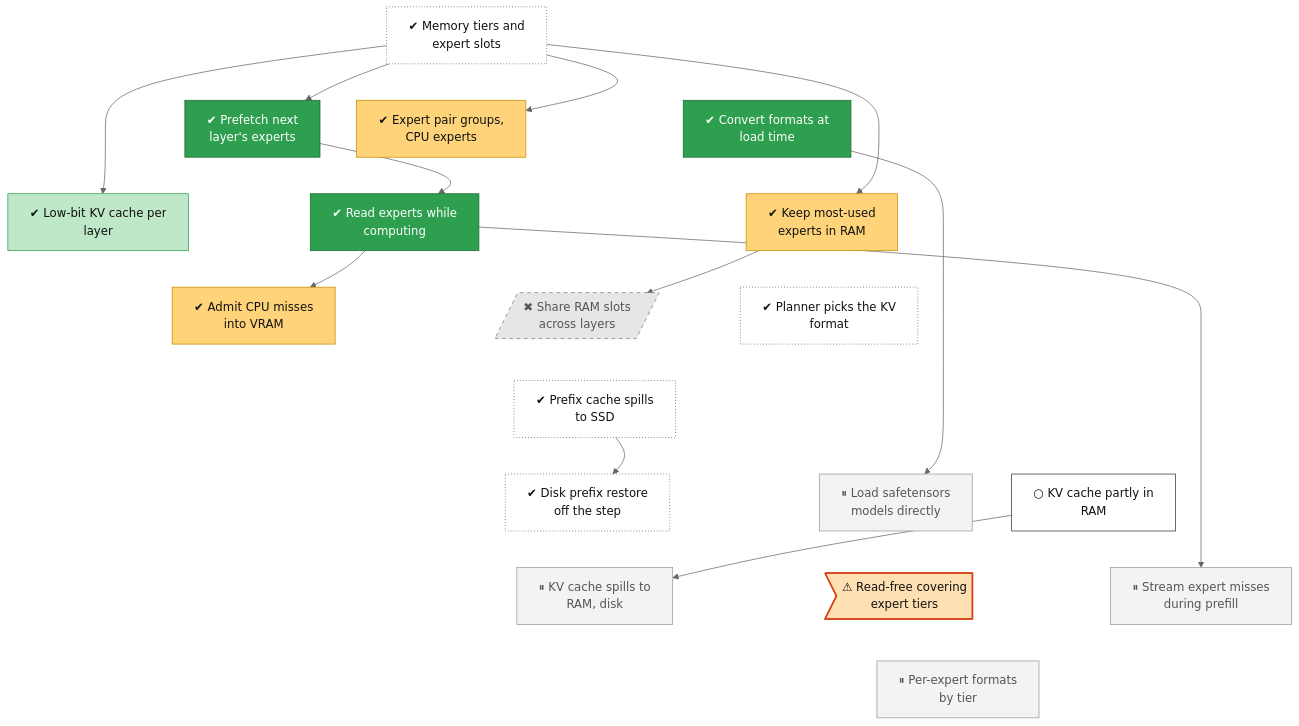
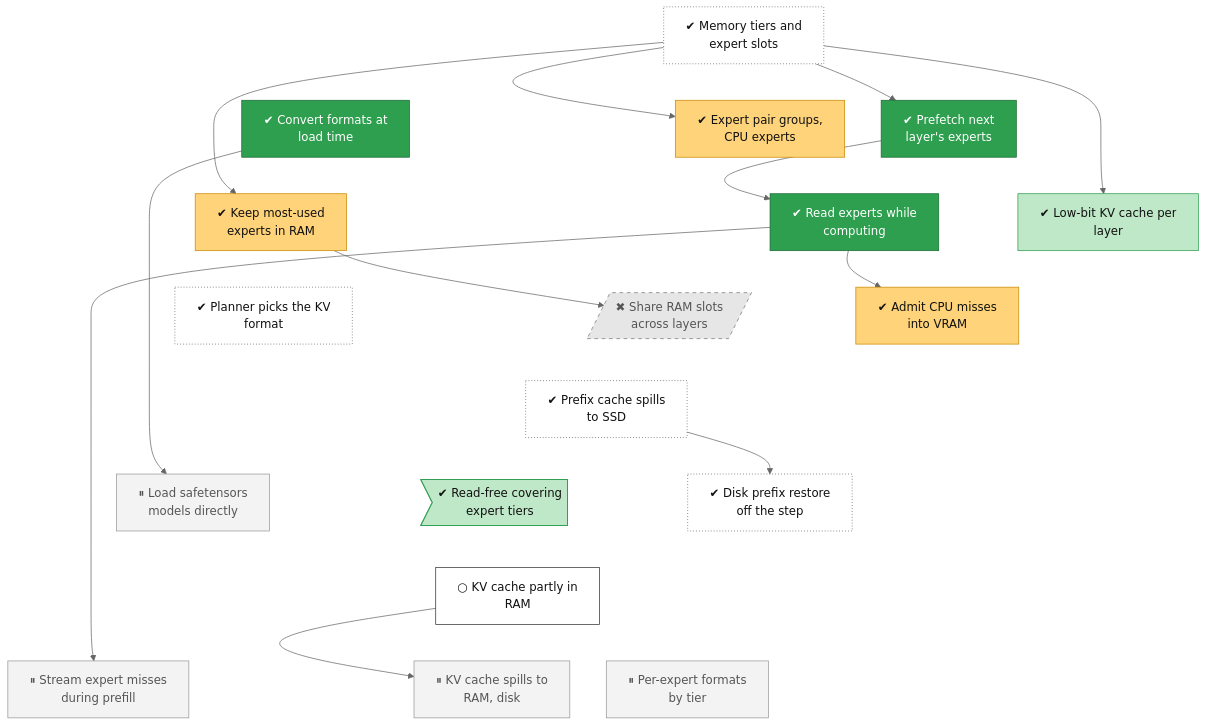
The diagram in docs/roadmap/tracks/memory.md (lhns/tetraeder), drawn with Mermaid (neutral theme) before and after one commit. The commit also changed other lines of this file and 5 other files, not shown here.

Commit message:
Phase 6 risk fixes (ADR 0091 Case S): tree nodes memory-ram-tier-complement, planner-node-predict-check, serving-cuda-parity done (CI run 45415720514); not measured

````diff
--- a/docs/roadmap/tracks/memory.md
+++ b/docs/roadmap/tracks/memory.md
@@ -10,75 +10,74 @@
 ```mermaid
 flowchart TB
     memory_tiers["✔ Memory tiers and<br/>expert slots"]
     memory_pair_groups["✔ Expert pair groups,<br/>CPU experts"]
     memory_prefetch["✔ Prefetch next<br/>layer's experts"]
     memory_conversion["✔ Convert formats at<br/>load time"]
     memory_io_service["✔ Read experts while<br/>computing"]
     memory_low_bit_kv["✔ Low-bit KV cache per<br/>layer"]
     memory_ram_freq["✔ Keep most-used<br/>experts in RAM"]
     memory_adaptive_tier["✔ Admit CPU misses<br/>into VRAM"]
     memory_ram_pool[/"✖ Share RAM slots<br/>across layers"/]
     memory_kv_auto["✔ Planner picks the KV<br/>format"]
     memory_prefix_ssd["✔ Prefix cache spills<br/>to SSD"]
     memory_prefix_disk_async["✔ Disk prefix restore<br/>off the step"]
+    memory_ram_tier_complement>"✔ Read-free covering<br/>expert tiers"]
     memory_safetensors["⏸ Load safetensors<br/>models directly"]
     memory_kv_host["○ KV cache partly in<br/>RAM"]
     memory_kv_tiers["⏸ KV cache spills to<br/>RAM, disk"]
-    memory_ram_tier_complement>"⚠ Read-free covering<br/>expert tiers"]
     memory_prefill_misses["⏸ Stream expert misses<br/>during prefill"]
     memory_typed_slots["⏸ Per-expert formats<br/>by tier"]
     memory_tiers ~~~ memory_pair_groups
     memory_tiers ~~~ memory_prefetch
     memory_tiers ~~~ memory_conversion
     memory_pair_groups ~~~ memory_io_service
     memory_prefetch ~~~ memory_low_bit_kv
     memory_conversion ~~~ memory_ram_freq
     memory_io_service ~~~ memory_adaptive_tier
     memory_low_bit_kv ~~~ memory_ram_pool
     memory_ram_freq ~~~ memory_kv_auto
     memory_adaptive_tier ~~~ memory_prefix_ssd
     memory_ram_pool ~~~ memory_prefix_ssd
     memory_kv_auto ~~~ memory_prefix_ssd
     memory_prefix_ssd ~~~ memory_prefix_disk_async
+    memory_prefix_ssd ~~~ memory_ram_tier_complement
     memory_prefix_ssd ~~~ memory_safetensors
-    memory_prefix_ssd ~~~ memory_kv_host
-    memory_prefix_disk_async ~~~ memory_kv_tiers
-    memory_safetensors ~~~ memory_ram_tier_complement
+    memory_prefix_disk_async ~~~ memory_kv_host
+    memory_ram_tier_complement ~~~ memory_kv_host
+    memory_safetensors ~~~ memory_kv_host
+    memory_kv_host ~~~ memory_kv_tiers
     memory_kv_host ~~~ memory_prefill_misses
-    memory_kv_tiers ~~~ memory_typed_slots
-    memory_ram_tier_complement ~~~ memory_typed_slots
-    memory_prefill_misses ~~~ memory_typed_slots
+    memory_kv_host ~~~ memory_typed_slots
     memory_tiers --> memory_pair_groups
     memory_tiers --> memory_prefetch
     memory_prefetch --> memory_io_service
     memory_tiers --> memory_low_bit_kv
     memory_tiers --> memory_ram_freq
     memory_io_service --> memory_adaptive_tier
     memory_ram_freq --> memory_ram_pool
     memory_prefix_ssd --> memory_prefix_disk_async
     memory_conversion --> memory_safetensors
     memory_kv_host --> memory_kv_tiers
     memory_io_service --> memory_prefill_misses
     classDef vsucc fill:#2e9e4f,stroke:#1b6b34,color:#fff
     classDef succ fill:#bfe8c8,stroke:#2e9e4f,color:#111
     classDef mixed fill:#ffd37a,stroke:#c98a00,color:#111
     classDef bad fill:#f28b82,stroke:#b3261e,color:#111
     classDef dead fill:#e6e6e6,stroke:#777,stroke-dasharray:5 5,color:#555
     classDef inprog fill:#a8cdf5,stroke:#1f6fc5,color:#111
     classDef next fill:#fff,stroke:#333,color:#111
     classDef blocked fill:#fff,stroke:#b3261e,stroke-dasharray:2 2,color:#111
     classDef parked fill:#f3f3f3,stroke:#999,color:#555
     classDef unrated fill:#fff,stroke:#333,stroke-dasharray:1 3,color:#111
     classDef gate fill:#d9c2f0,stroke:#7b3fb5,color:#111
     classDef decided fill:#ece0f7,stroke:#7b3fb5,stroke-dasharray:2 2,color:#111
     classDef finding fill:#ffe0b2,stroke:#d84315,stroke-width:2px,color:#111
     classDef waiting fill:#e3f2fd,stroke:#1f6fc5,stroke-dasharray:5 5,color:#111
     class memory_tiers,memory_kv_auto,memory_prefix_ssd,memory_prefix_disk_async unrated
     class memory_pair_groups,memory_ram_freq,memory_adaptive_tier mixed
     class memory_prefetch,memory_conversion,memory_io_service vsucc
-    class memory_low_bit_kv succ
+    class memory_low_bit_kv,memory_ram_tier_complement succ
     class memory_ram_pool dead
     class memory_safetensors,memory_kv_tiers,memory_prefill_misses,memory_typed_slots parked
     class memory_kv_host next
-    class memory_ram_tier_complement finding
 ```
````
